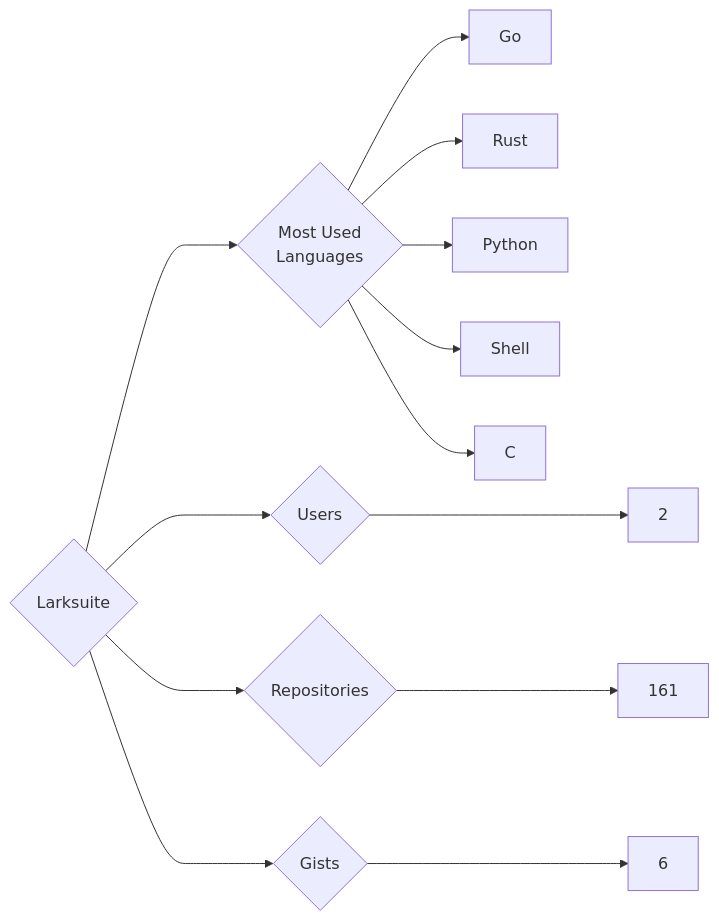
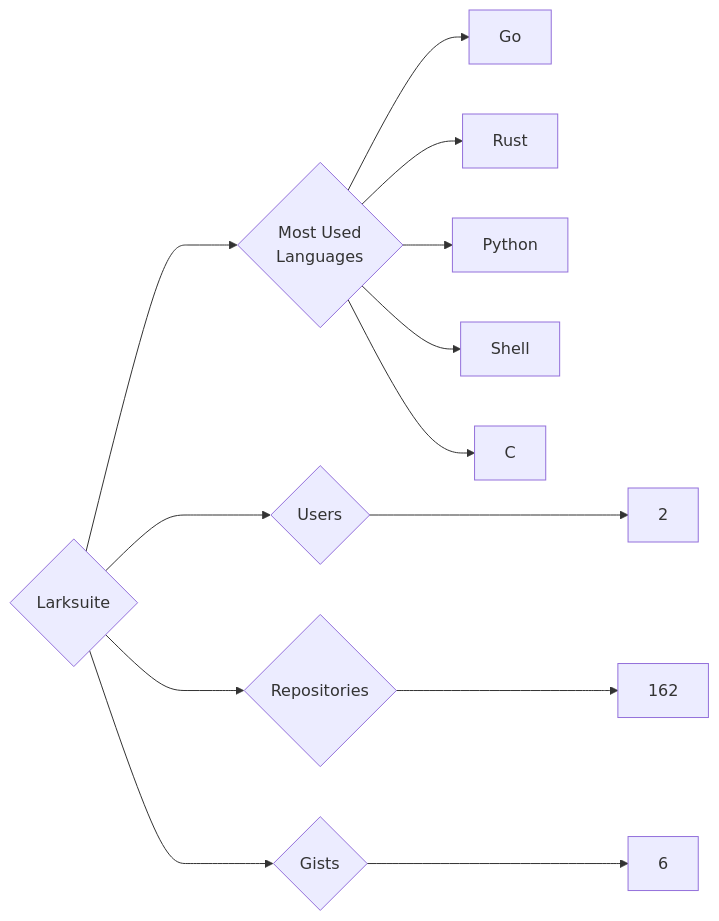
Before and after one commit to trickest/insiders: the diagram in targets/Larksuite/README.md, drawn with Mermaid. The commit also changed 823 other files, not shown here.

````diff
--- a/targets/Larksuite/README.md
+++ b/targets/Larksuite/README.md
@@ -3,13 +3,13 @@
 ```mermaid
 graph LR
 COMPANY_NAME{Larksuite}
 COMPANY_NAME ---> U{Users} ---> UN[2]
-COMPANY_NAME ---> R{Repositories} ---> RN[161]
+COMPANY_NAME ---> R{Repositories} ---> RN[162]
 COMPANY_NAME ---> G{Gists} ---> GN[6]
 COMPANY_NAME ---> ML{Most Used<br>Languages}
 ML --> Go[Go]
 ML --> Rust[Rust]
 ML --> Python[Python]
 ML --> Shell[Shell]
 ML --> C[C]
 ```
````
